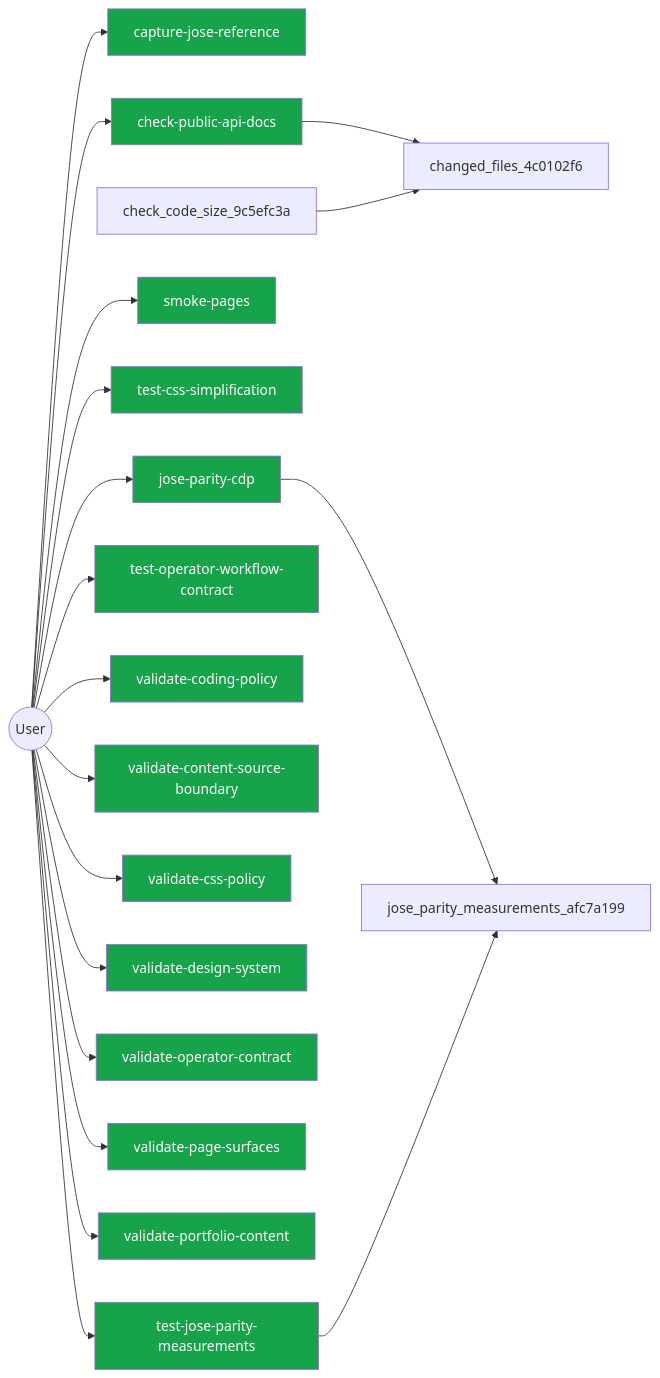
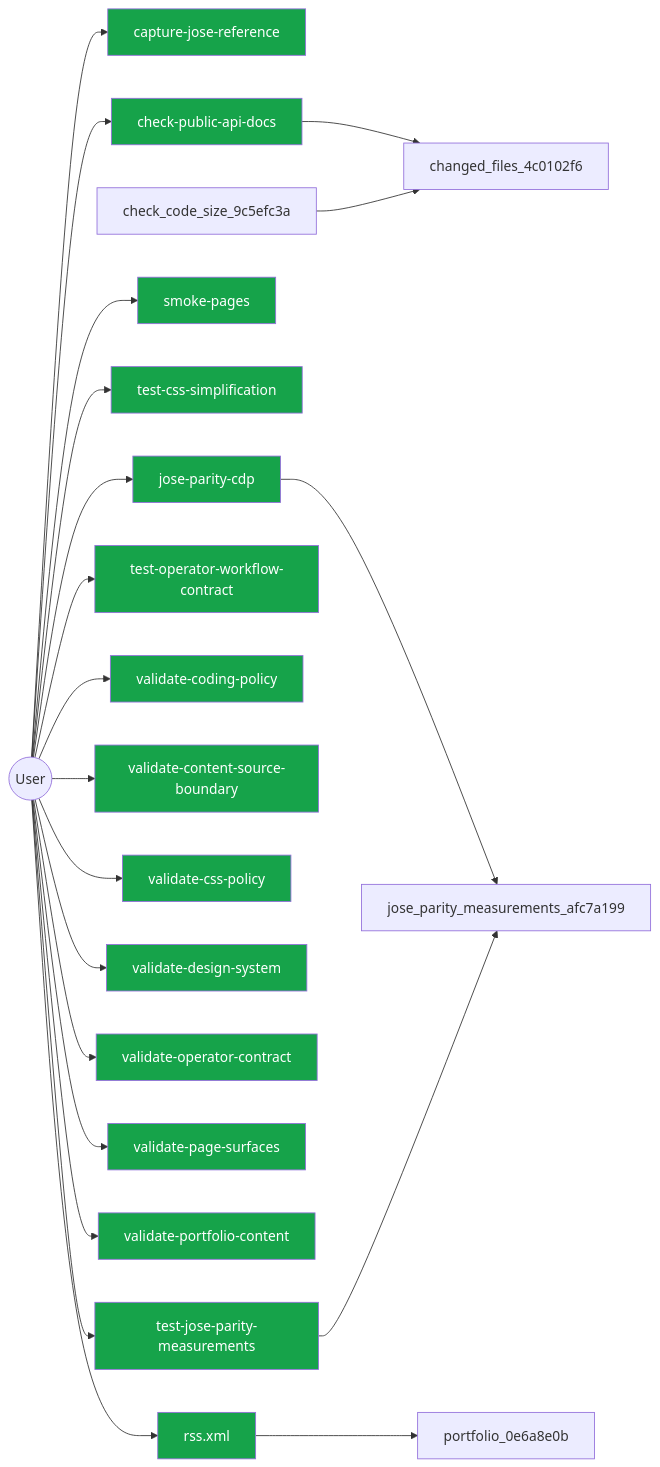
Before and after one commit to jscraik/websites: the diagram in .diagram/user.mmd, drawn with Mermaid. The commit also changed 44 other files, not shown here.

```diff
--- a/.diagram/user.mmd
+++ b/.diagram/user.mmd
@@ -1,36 +1,39 @@
 flowchart LR
   User(("User"))
   capture_jose_reference_e7b66705["capture-jose-reference"]
   User --> capture_jose_reference_e7b66705
   check_public_api_docs_a9604f1b["check-public-api-docs"]
   User --> check_public_api_docs_a9604f1b
   jose_parity_cdp_bdcde21d["jose-parity-cdp"]
   User --> jose_parity_cdp_bdcde21d
   smoke_pages_9a92b30d["smoke-pages"]
   User --> smoke_pages_9a92b30d
   test_css_simplification_05516724["test-css-simplification"]
   User --> test_css_simplification_05516724
   test_jose_parity_measurements_2477824f["test-jose-parity-measurements"]
   User --> test_jose_parity_measurements_2477824f
   test_operator_workflow_contract_b4a152d7["test-operator-workflow-contract"]
   User --> test_operator_workflow_contract_b4a152d7
   validate_coding_policy_29976175["validate-coding-policy"]
   User --> validate_coding_policy_29976175
   validate_content_source_boundary_8a6f121b["validate-content-source-boundary"]
   User --> validate_content_source_boundary_8a6f121b
   validate_css_policy_1c5ec854["validate-css-policy"]
   User --> validate_css_policy_1c5ec854
   validate_design_system_b8a5f37c["validate-design-system"]
   User --> validate_design_system_b8a5f37c
   validate_operator_contract_f777ed78["validate-operator-contract"]
   User --> validate_operator_contract_f777ed78
   validate_page_surfaces_078ef6b6["validate-page-surfaces"]
   User --> validate_page_surfaces_078ef6b6
   validate_portfolio_content_6d36990e["validate-portfolio-content"]
   User --> validate_portfolio_content_6d36990e
+  rss_xml_b85d02db["rss.xml"]
+  User --> rss_xml_b85d02db
   check_public_api_docs_a9604f1b --> changed_files_4c0102f6
   jose_parity_cdp_bdcde21d --> jose_parity_measurements_afc7a199
   test_jose_parity_measurements_2477824f --> jose_parity_measurements_afc7a199
+  rss_xml_b85d02db --> portfolio_0e6a8e0b
   check_code_size_9c5efc3a --> changed_files_4c0102f6
   classDef userNode fill:#16a34a,color:#fff
-  class capture_jose_reference_e7b66705,check_public_api_docs_a9604f1b,jose_parity_cdp_bdcde21d,smoke_pages_9a92b30d,test_css_simplification_05516724,test_jose_parity_measurements_2477824f,test_operator_workflow_contract_b4a152d7,validate_coding_policy_29976175,validate_content_source_boundary_8a6f121b,validate_css_policy_1c5ec854,validate_design_system_b8a5f37c,validate_operator_contract_f777ed78,validate_page_surfaces_078ef6b6,validate_portfolio_content_6d36990e userNode
+  class capture_jose_reference_e7b66705,check_public_api_docs_a9604f1b,jose_parity_cdp_bdcde21d,smoke_pages_9a92b30d,test_css_simplification_05516724,test_jose_parity_measurements_2477824f,test_operator_workflow_contract_b4a152d7,validate_coding_policy_29976175,validate_content_source_boundary_8a6f121b,validate_css_policy_1c5ec854,validate_design_system_b8a5f37c,validate_operator_contract_f777ed78,validate_page_surfaces_078ef6b6,validate_portfolio_content_6d36990e,rss_xml_b85d02db userNode
```
